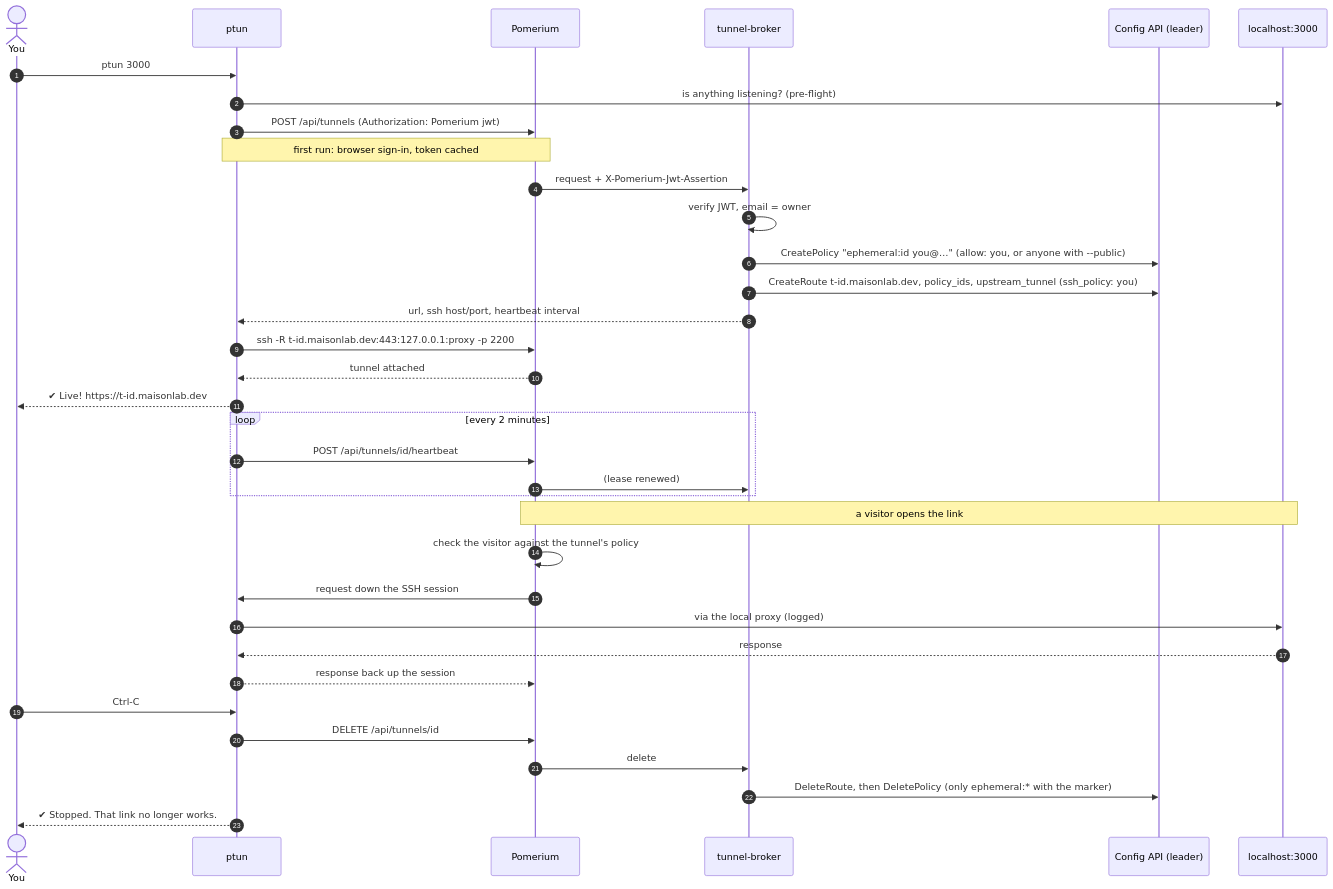
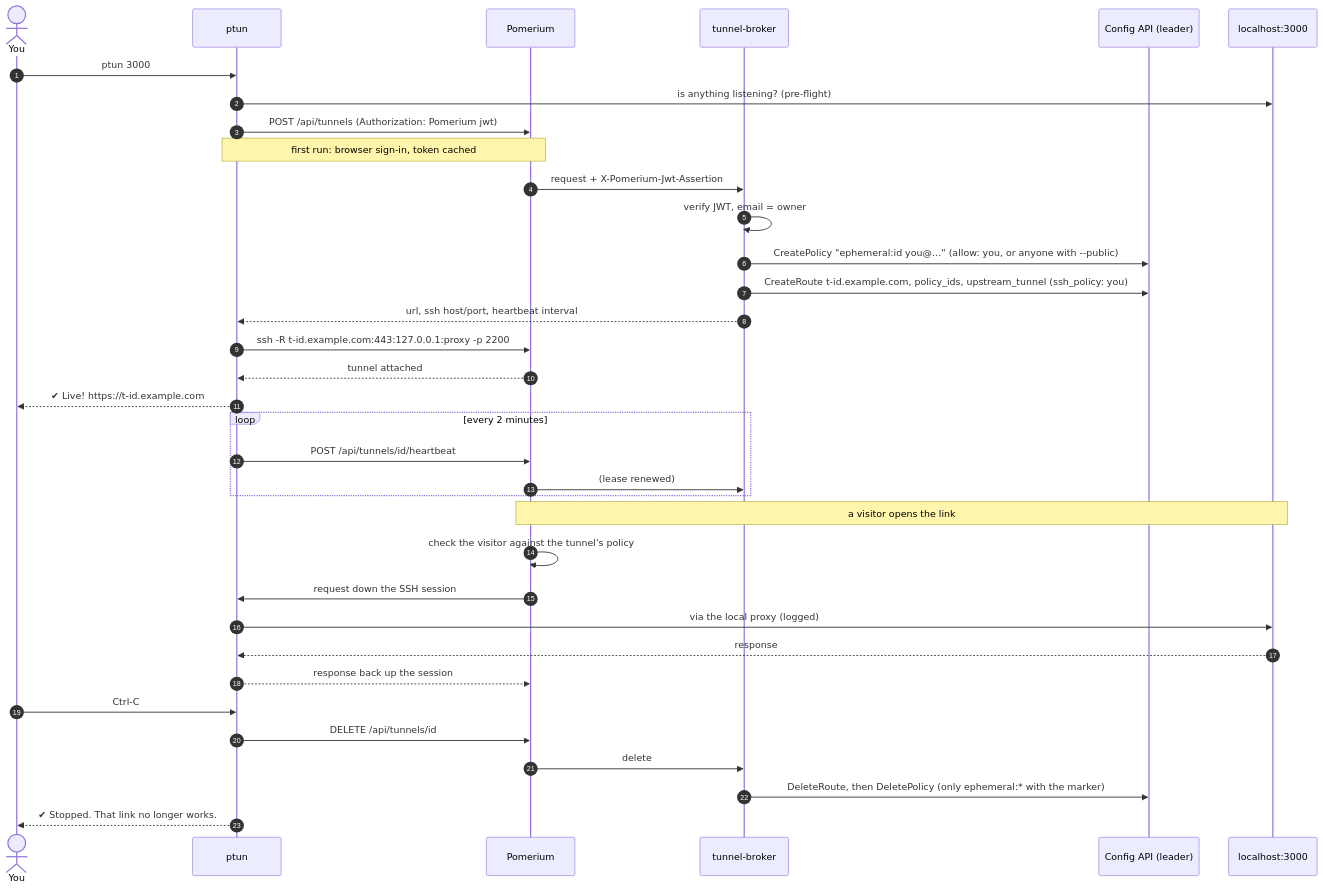
Before and after one commit to nickytonline/ptun: the second of 2 diagrams in README.md, drawn with Mermaid. The commit also changed other lines of this file and 18 other files, not shown here.

````diff
--- a/README.md
+++ b/README.md
@@ -123,41 +134,41 @@
 ```mermaid
 sequenceDiagram
   autonumber
   actor You
   participant P as ptun
   participant Pom as Pomerium
   participant B as tunnel-broker
   participant C as Config API (leader)
   participant App as localhost:3000
 
   You->>P: ptun 3000
   P->>App: is anything listening? (pre-flight)
   P->>Pom: POST /api/tunnels (Authorization: Pomerium jwt)
   Note over P,Pom: first run: browser sign-in, token cached
   Pom->>B: request + X-Pomerium-Jwt-Assertion
   B->>B: verify JWT, email = owner
   B->>C: CreatePolicy "ephemeral:id you@…" (allow: you, or anyone with --public)
-  B->>C: CreateRoute t-id.maisonlab.dev, policy_ids, upstream_tunnel (ssh_policy: you)
+  B->>C: CreateRoute t-id.example.com, policy_ids, upstream_tunnel (ssh_policy: you)
   B-->>P: url, ssh host/port, heartbeat interval
-  P->>Pom: ssh -R t-id.maisonlab.dev:443:127.0.0.1:proxy -p 2200
+  P->>Pom: ssh -R t-id.example.com:443:127.0.0.1:proxy -p 2200
   Pom-->>P: tunnel attached
-  P-->>You: ✔ Live! https://t-id.maisonlab.dev
+  P-->>You: ✔ Live! https://t-id.example.com
 
   loop every 2 minutes
     P->>Pom: POST /api/tunnels/id/heartbeat
     Pom->>B: (lease renewed)
   end
 
   Note over Pom,App: a visitor opens the link
   Pom->>Pom: check the visitor against the tunnel's policy
   Pom->>P: request down the SSH session
   P->>App: via the local proxy (logged)
   App-->>P: response
   P-->>Pom: response back up the session
 
   You->>P: Ctrl-C
   P->>Pom: DELETE /api/tunnels/id
   Pom->>B: delete
   B->>C: DeleteRoute, then DeletePolicy (only ephemeral:* with the marker)
   P-->>You: ✔ Stopped. That link no longer works.
 ```
````
